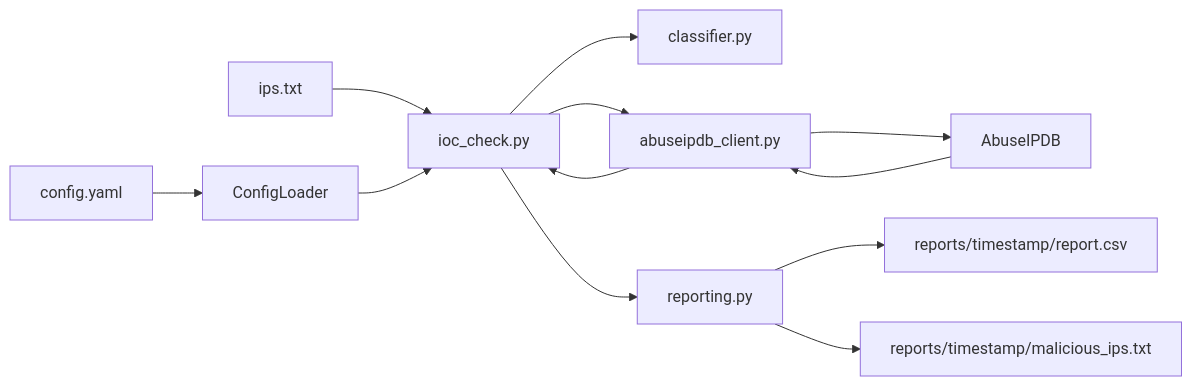
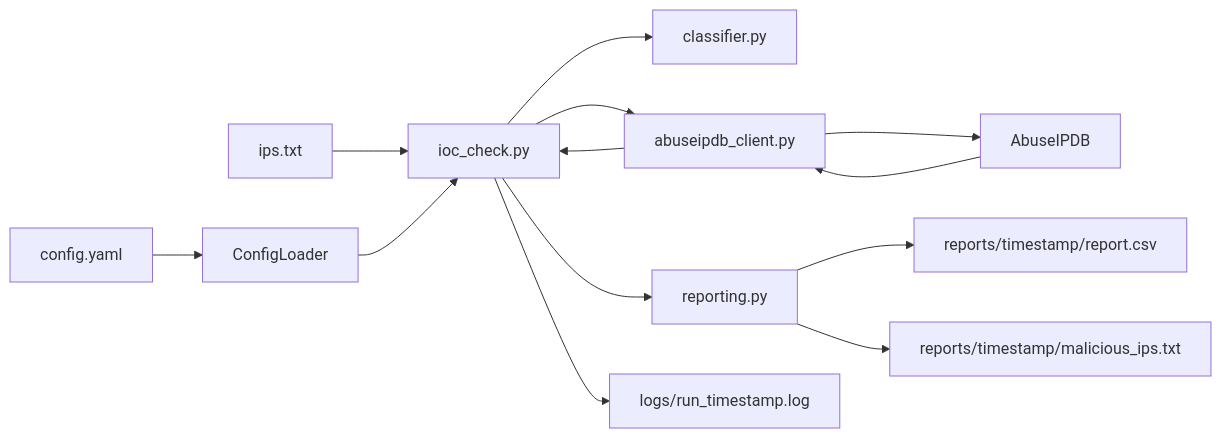
One commit to mariabatool869-star/soc_ioc_hunter changed the diagram in README.md. Above: the diagram before and after it, drawn with Mermaid. The commit also changed other lines of this file and 1 other file, not shown here.

````diff
--- a/README.md
+++ b/README.md
@@ -7,14 +51,15 @@
 ```mermaid
 flowchart LR
   ipsTxt[ips.txt] --> iocCheck[ioc_check.py]
   configYaml[config.yaml] --> loader[ConfigLoader]
   loader --> iocCheck
   iocCheck --> classifier[classifier.py]
   iocCheck --> client[abuseipdb_client.py]
   client --> abuseApi[AbuseIPDB]
   abuseApi --> client
   client --> iocCheck
   iocCheck --> reporting[reporting.py]
   reporting --> reportCsv["reports/timestamp/report.csv"]
   reporting --> blocklist["reports/timestamp/malicious_ips.txt"]
+  iocCheck --> auditLog["logs/run_timestamp.log"]
 ```
````
